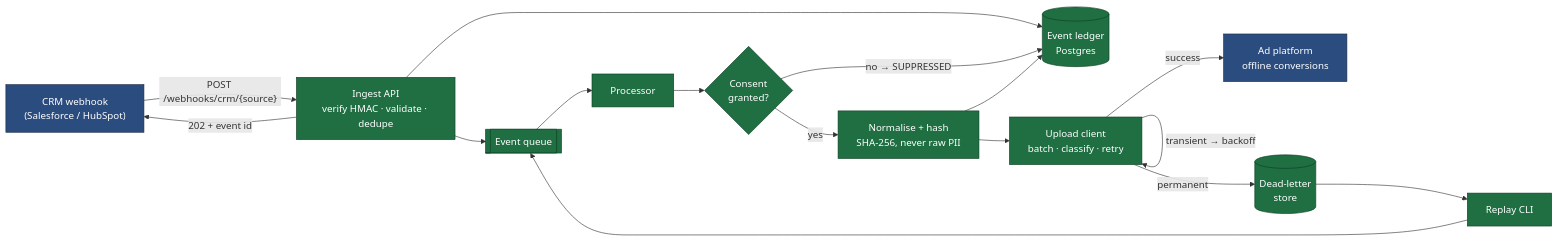
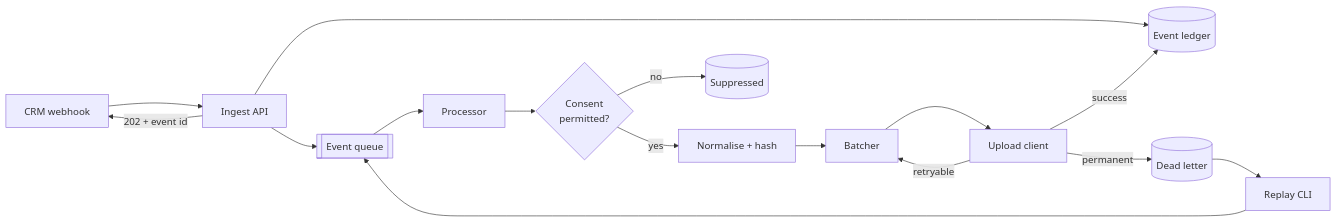
One commit to rajumohith50/conversion-gateway changed the first of 2 diagrams in README.md. Above: the diagram before and after it, drawn with Mermaid. The commit also changed other lines of this file and 12 other files, not shown here.

````diff
--- a/README.md
+++ b/README.md
@@ -15,37 +33,18 @@
 ```mermaid
 flowchart LR
-    CRM["CRM webhook<br/>(Salesforce / HubSpot)"]
-    API["Ingest API<br/>verify HMAC · validate · dedupe"]
-    LEDGER[("Event ledger<br/>Postgres")]
-    Q[["Event queue"]]
-    W["Processor"]
-    CONSENT{"Consent<br/>granted?"}
-    NORM["Normalise + hash<br/>SHA-256, never raw PII"]
-    UP["Upload client<br/>batch · classify · retry"]
-    ADS["Ad platform<br/>offline conversions"]
-    DLQ[("Dead-letter<br/>store")]
-    REPLAY["Replay CLI"]
-
-    CRM -->|"POST /webhooks/crm/{source}"| API
-    API -->|"202 + event id"| CRM
-    API --> LEDGER
-    API --> Q
-    Q --> W
-    W --> CONSENT
-    CONSENT -->|"no → SUPPRESSED"| LEDGER
-    CONSENT -->|yes| NORM
-    NORM --> LEDGER
-    NORM --> UP
-    UP -->|success| ADS
-    UP -->|"transient → backoff"| UP
-    UP -->|"permanent"| DLQ
-    DLQ --> REPLAY
+    CRM[CRM webhook] --> API[Ingest API]
+    API -->|202 + event id| CRM
+    API --> LEDGER[(Event ledger)]
+    API --> Q[[Event queue]]
+    Q --> W[Processor]
+    W --> CONSENT{Consent<br/>permitted?}
+    CONSENT -->|no| SUP[(Suppressed)]
+    CONSENT -->|yes| NORM[Normalise + hash]
+    NORM --> BATCH[Batcher]
+    BATCH --> UP[Upload client]
+    UP -->|success| LEDGER
+    UP -->|retryable| BATCH
+    UP -->|permanent| DLQ[(Dead letter)]
+    DLQ --> REPLAY[Replay CLI]
     REPLAY --> Q
-
-    classDef built fill:#1f6f43,stroke:#0e3d24,color:#ffffff
-    classDef planned fill:#5b5f66,stroke:#2f3236,color:#ffffff,stroke-dasharray:4 3
-    classDef external fill:#2b4c7e,stroke:#16283f,color:#ffffff
-
-    class API,LEDGER,Q,W,NORM,CONSENT,UP,DLQ,REPLAY built
-    class CRM,ADS external
 ```
````
